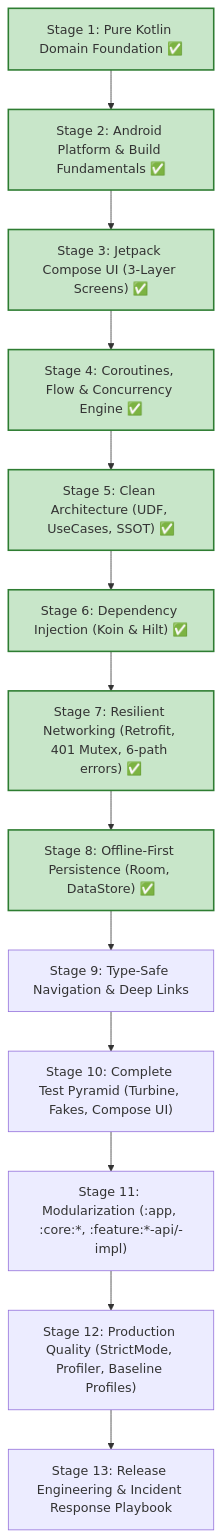
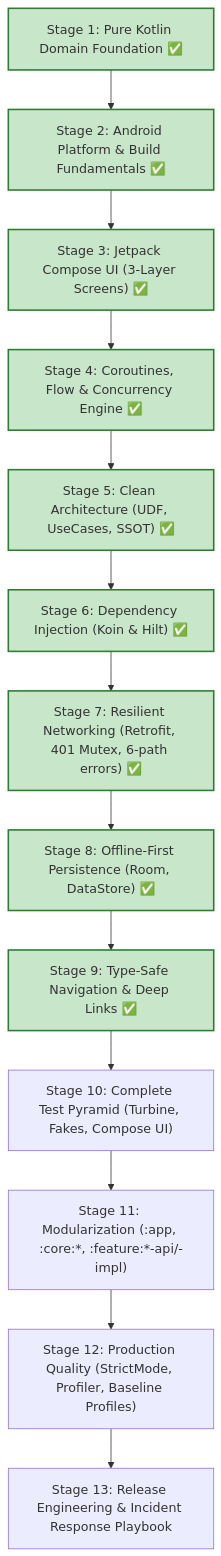
The diagram in enterprise-finance-tracker-real-time-app/README.md (rohitlavate97/android-development), drawn with Mermaid before and after one commit. The commit also changed other lines of this file and 10 other files, not shown here.

Commit message:
feat(stage-9): Implement type-safe navigation with @Serializable routes, nested graphs, deep links, and animated transitions

````diff
--- a/enterprise-finance-tracker-real-time-app/README.md
+++ b/enterprise-finance-tracker-real-time-app/README.md
@@ -21,24 +21,25 @@
 ```mermaid
 graph TD
     S01["Stage 1: Pure Kotlin Domain Foundation ✅"] --> S02["Stage 2: Android Platform & Build Fundamentals ✅"]
     S02 --> S03["Stage 3: Jetpack Compose UI (3-Layer Screens) ✅"]
     S03 --> S04["Stage 4: Coroutines, Flow & Concurrency Engine ✅"]
     S04 --> S05["Stage 5: Clean Architecture (UDF, UseCases, SSOT) ✅"]
     S05 --> S06["Stage 6: Dependency Injection (Koin & Hilt) ✅"]
     S06 --> S07["Stage 7: Resilient Networking (Retrofit, 401 Mutex, 6-path errors) ✅"]
     S07 --> S08["Stage 8: Offline-First Persistence (Room, DataStore) ✅"]
-    S08 --> S09["Stage 9: Type-Safe Navigation & Deep Links"]
+    S08 --> S09["Stage 9: Type-Safe Navigation & Deep Links ✅"]
     S09 --> S10["Stage 10: Complete Test Pyramid (Turbine, Fakes, Compose UI)"]
     S10 --> S11["Stage 11: Modularization (:app, :core:*, :feature:*-api/-impl)"]
     S11 --> S12["Stage 12: Production Quality (StrictMode, Profiler, Baseline Profiles)"]
     S12 --> S13["Stage 13: Release Engineering & Incident Response Playbook"]
 
     style S01 fill:#c8e6c9,stroke:#2e7d32,stroke-width:2px
     style S02 fill:#c8e6c9,stroke:#2e7d32,stroke-width:2px
     style S03 fill:#c8e6c9,stroke:#2e7d32,stroke-width:2px
     style S04 fill:#c8e6c9,stroke:#2e7d32,stroke-width:2px
     style S05 fill:#c8e6c9,stroke:#2e7d32,stroke-width:2px
     style S06 fill:#c8e6c9,stroke:#2e7d32,stroke-width:2px
     style S07 fill:#c8e6c9,stroke:#2e7d32,stroke-width:2px
     style S08 fill:#c8e6c9,stroke:#2e7d32,stroke-width:2px
+    style S09 fill:#c8e6c9,stroke:#2e7d32,stroke-width:2px
 ```
````
